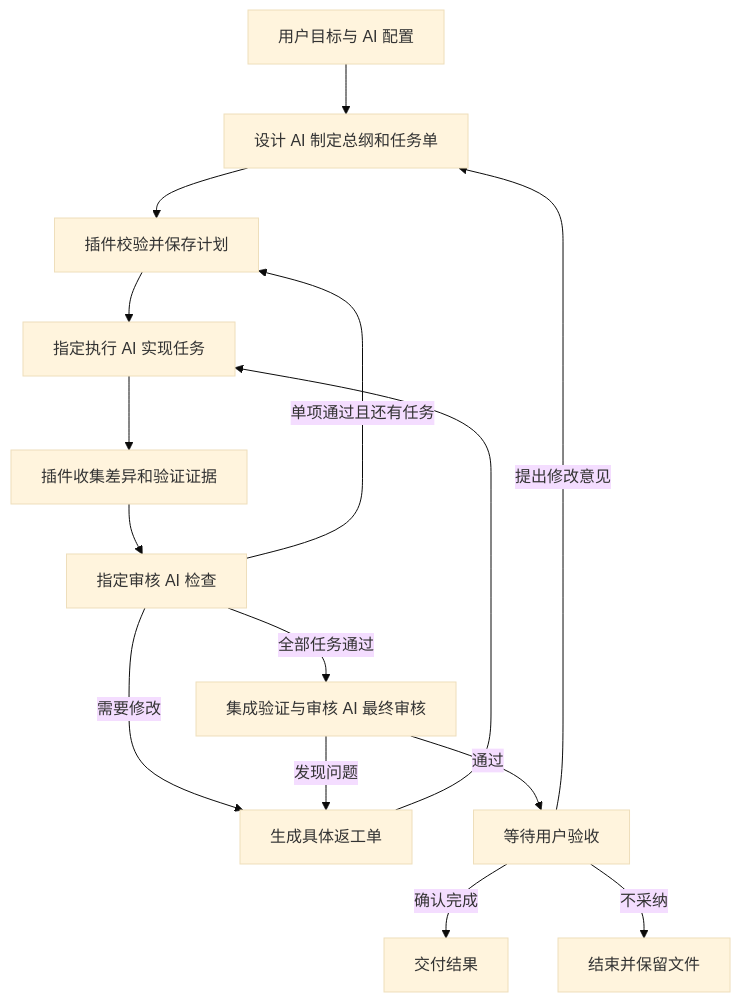
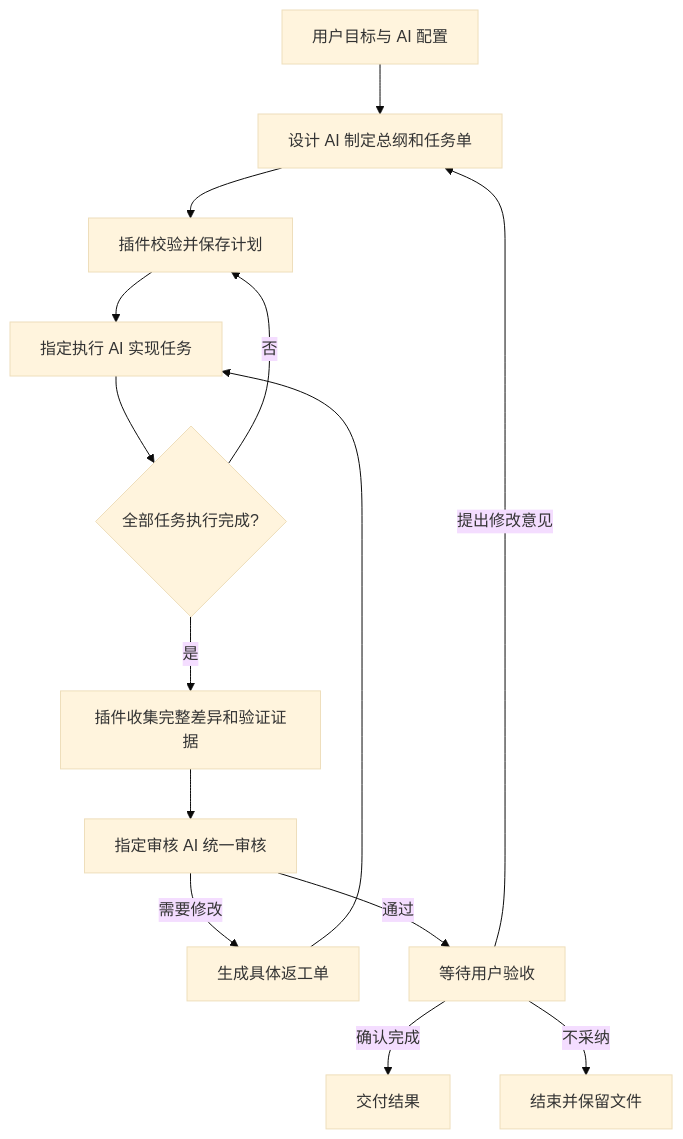
Before and after one commit to lalaze/paseo-plugins: the diagram in director/DESIGN.md, drawn with Mermaid (base theme). The commit also changed other lines of this file and 22 other files, not shown here.

````diff
--- a/director/DESIGN.md
+++ b/director/DESIGN.md
@@ -46,17 +46,16 @@
 ```mermaid
 flowchart TD
   U[用户目标与 AI 配置] --> D[设计 AI 制定总纲和任务单]
   D --> O[插件校验并保存计划]
   O --> W[指定执行 AI 实现任务]
-  W --> E[插件收集差异和验证证据]
-  E --> R[指定审核 AI 检查]
+  W --> Q{全部任务执行完成?}
+  Q -->|否| O
+  Q -->|是| E[插件收集完整差异和验证证据]
+  E --> R[指定审核 AI 统一审核]
   R -->|需要修改| F[生成具体返工单]
   F --> W
-  R -->|单项通过且还有任务| O
-  R -->|全部任务通过| I[集成验证与审核 AI 最终审核]
-  I -->|通过| A[等待用户验收]
+  R -->|通过| A[等待用户验收]
   A -->|确认完成| C[交付结果]
   A -->|提出修改意见| D
   A -->|不采纳| X[结束并保留文件]
-  I -->|发现问题| F
 ```
````
